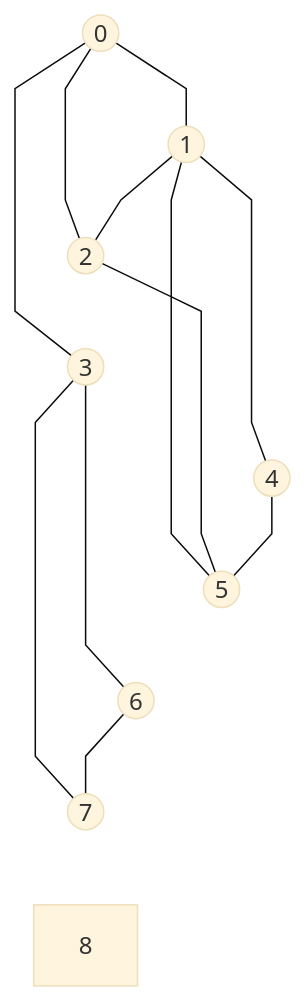
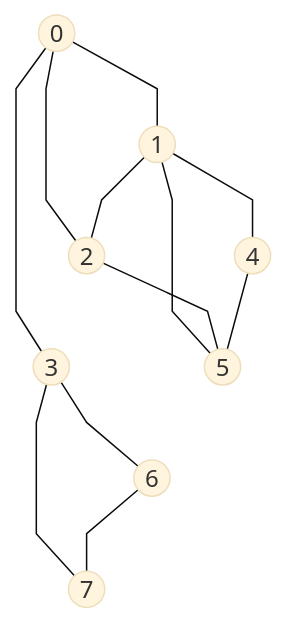
Before and after one commit to Jarongo254/ACN: the diagram in README.md, drawn with Mermaid (base theme).

````diff
--- a/README.md
+++ b/README.md
@@ -99,22 +99,22 @@
 ```mermaid
 graph TD
     0((0)) --- 1((1))
     0((0)) --- 2((2))
     0((0)) --- 3((3))
     1((1)) --- 2((2))
     1((1)) --- 4((4))
     1((1)) --- 5((5))
     2((2)) --- 5((5))
     3((3)) --- 6((6))
     3((3)) --- 7((7))
     4((4)) --- 5((5))
     6((6)) --- 7((7))
     
+    1~~~2
     2~~~3
-    3~~~4
+    4~~~5
     5~~~6
     6~~~7
-    7~~~8
     
     linkStyle default interpolate linear
 ```
````
